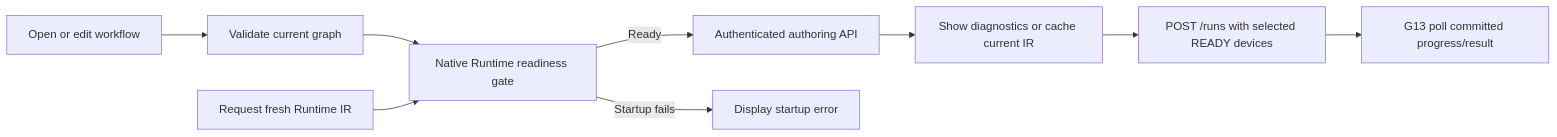
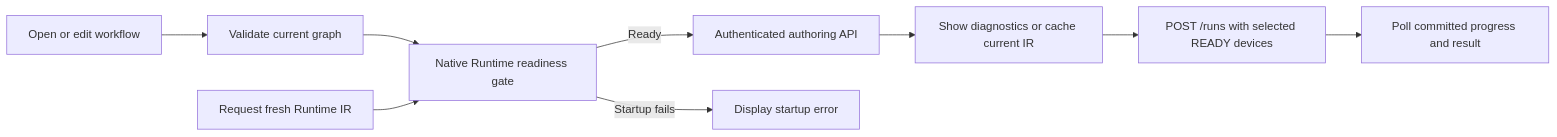
One commit to A2MaTex/a2matex-docs changed the diagram in components/a2matex-runtime/integration/studio.md. Above: the diagram before and after it, drawn with Mermaid. The commit also changed other lines of this file and 23 other files, not shown here.

````diff
--- a/components/a2matex-runtime/integration/studio.md
+++ b/components/a2matex-runtime/integration/studio.md
@@ -18,11 +17,11 @@
 ```mermaid
 flowchart LR
     E[Open or edit workflow] --> V[Validate current graph]
     V --> R[Native Runtime readiness gate]
     C[Request fresh Runtime IR] --> R
     R -->|Ready| A[Authenticated authoring API]
     R -->|Startup fails| X[Display startup error]
     A --> D[Show diagnostics or cache current IR]
     D --> T[POST /runs with selected READY devices]
-    T --> P[G13 poll committed progress/result]
+    T --> P[Poll committed progress and result]
 ```
````
